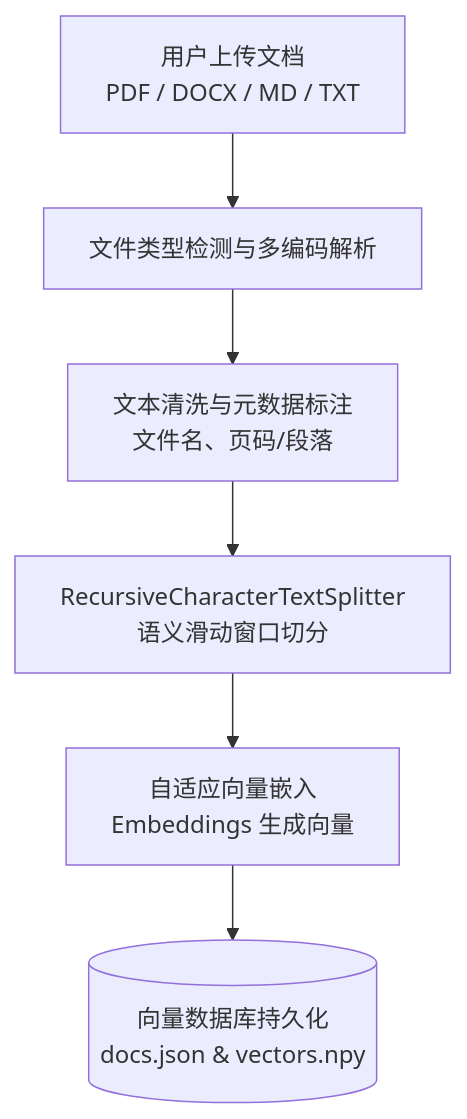
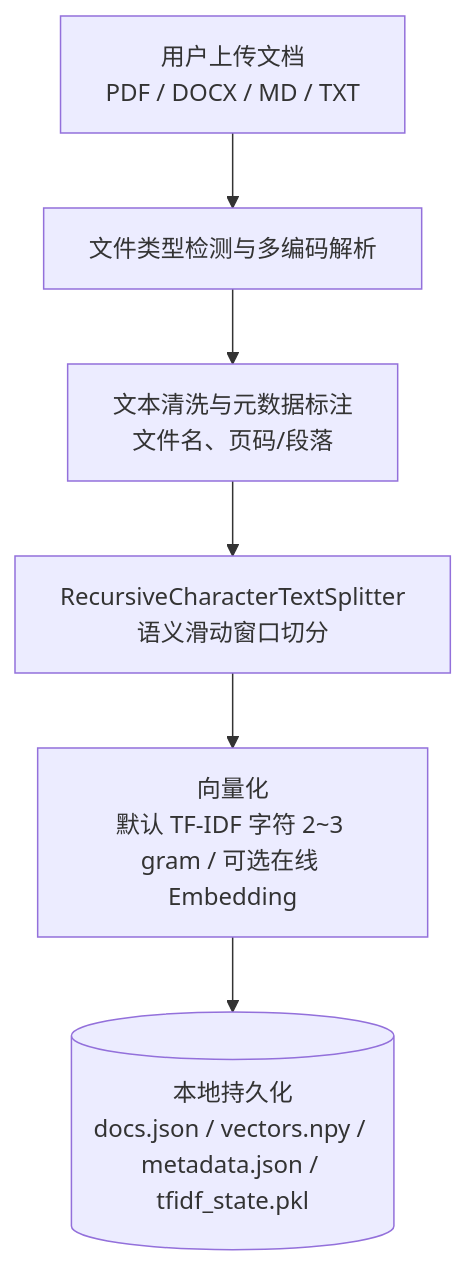
One commit to Zhoubin601/SmartDoc-RAG changed the first of 2 diagrams in README.md. Above: the diagram before and after it, drawn with Mermaid. The commit also changed other lines of this file and 19 other files, not shown here.

````diff
--- a/README.md
+++ b/README.md
@@ -46,8 +50,8 @@
 ```mermaid
 flowchart TD
     A[用户上传文档<br/>PDF / DOCX / MD / TXT] --> B[文件类型检测与多编码解析]
     B --> C[文本清洗与元数据标注<br/>文件名、页码/段落]
     C --> D[RecursiveCharacterTextSplitter<br/>语义滑动窗口切分]
-    D --> E[自适应向量嵌入<br/>Embeddings 生成向量]
-    E --> F[(向量数据库持久化<br/>docs.json & vectors.npy)]
+    D --> E["向量化<br/>默认 TF-IDF 字符 2~3 gram / 可选在线 Embedding"]
+    E --> F[("本地持久化<br/>docs.json / vectors.npy / metadata.json / tfidf_state.pkl")]
 ```
````
